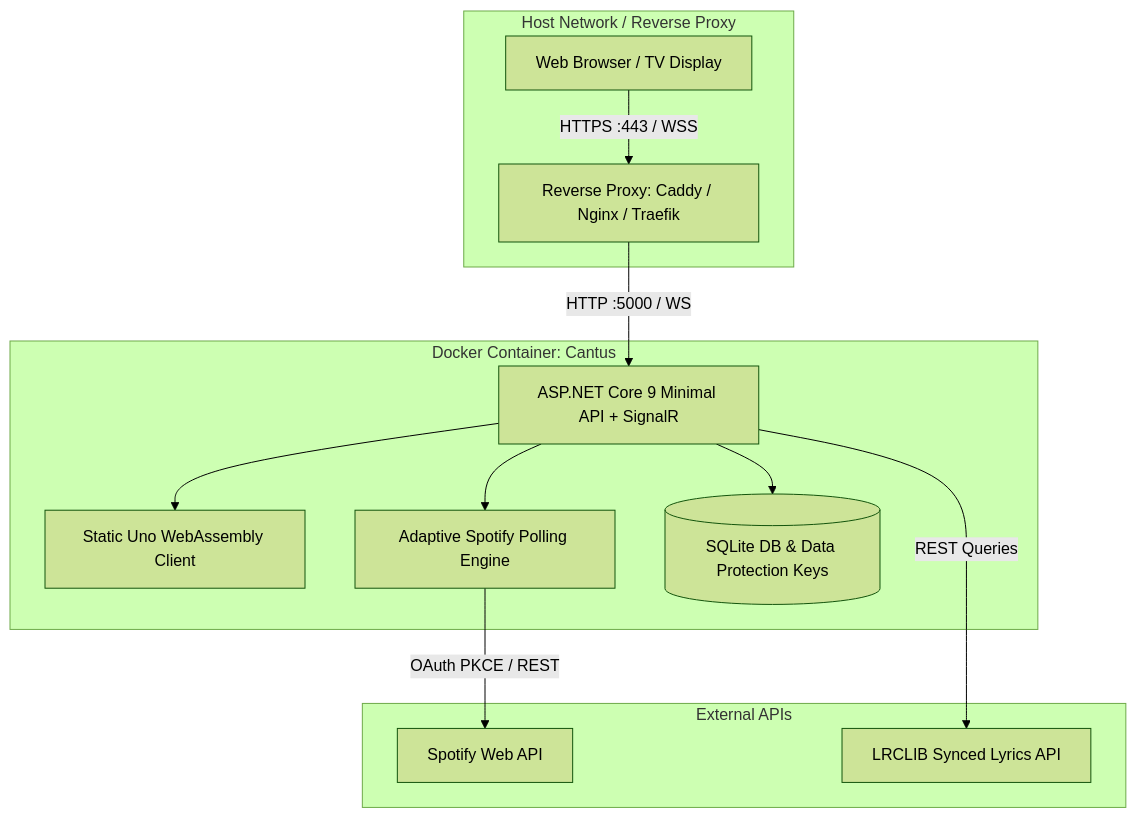
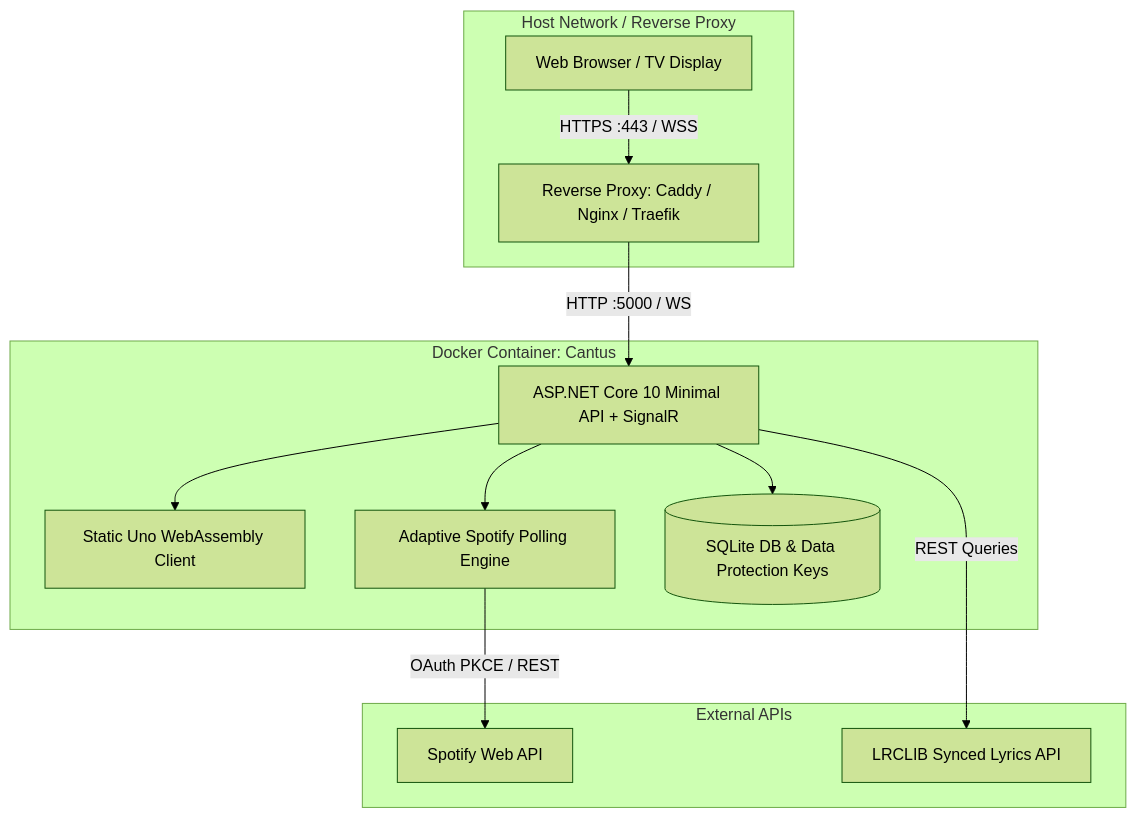
One commit to jav76/Cantus changed the diagram in docs/operator-guide/index.md. Above: the diagram before and after it, drawn with Mermaid (forest theme). The commit also changed 14 other files, not shown here.

````diff
--- a/docs/operator-guide/index.md
+++ b/docs/operator-guide/index.md
@@ -11,16 +11,16 @@
 ```mermaid
 flowchart TD
     subgraph Host Network / Reverse Proxy
         Client[Web Browser / TV Display] -->|HTTPS :443 / WSS| Proxy[Reverse Proxy: Caddy / Nginx / Traefik]
     end
     subgraph Docker Container: Cantus
-        Proxy -->|HTTP :5000 / WS| App[ASP.NET Core 9 Minimal API + SignalR]
+        Proxy -->|HTTP :5000 / WS| App[ASP.NET Core 10 Minimal API + SignalR]
         App --> WASM[Static Uno WebAssembly Client]
         App --> Engine[Adaptive Spotify Polling Engine]
         App --> Cache[(SQLite DB & Data Protection Keys)]
     end
     subgraph External APIs
         Engine -->|OAuth PKCE / REST| Spotify[Spotify Web API]
         App -->|REST Queries| LRCLIB[LRCLIB Synced Lyrics API]
     end
 ```
````
